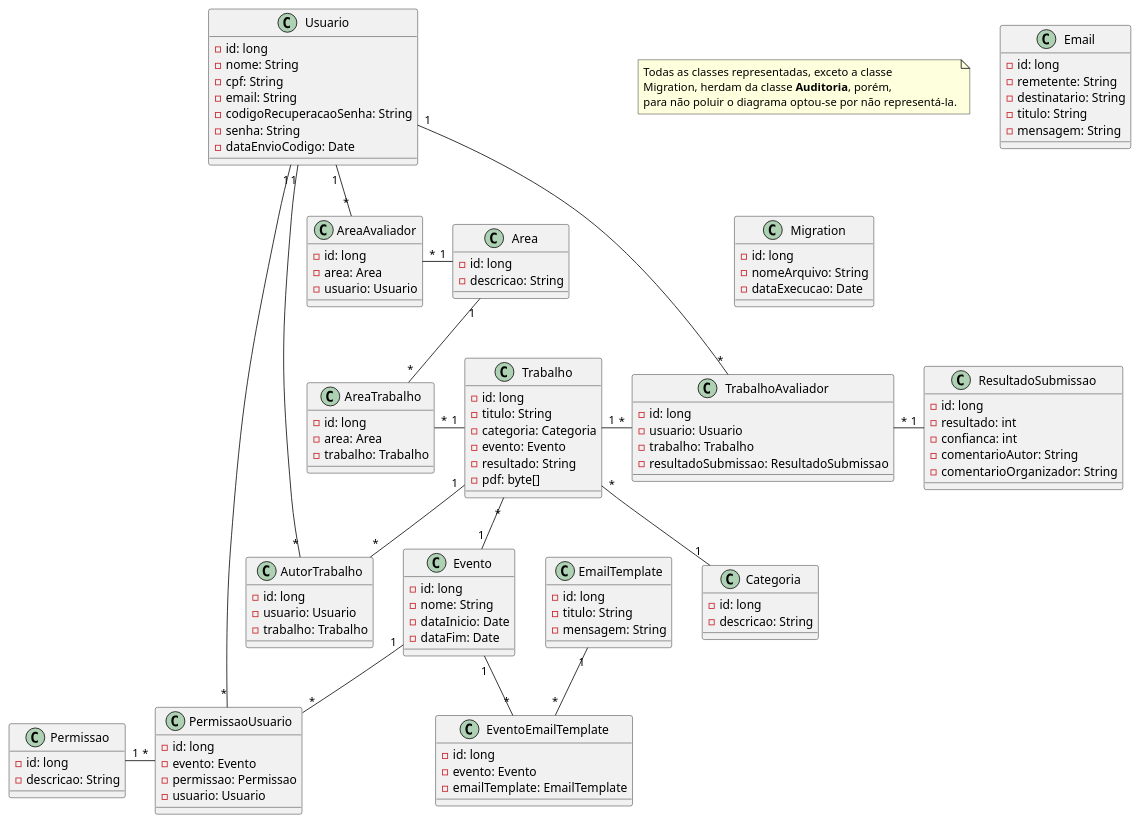
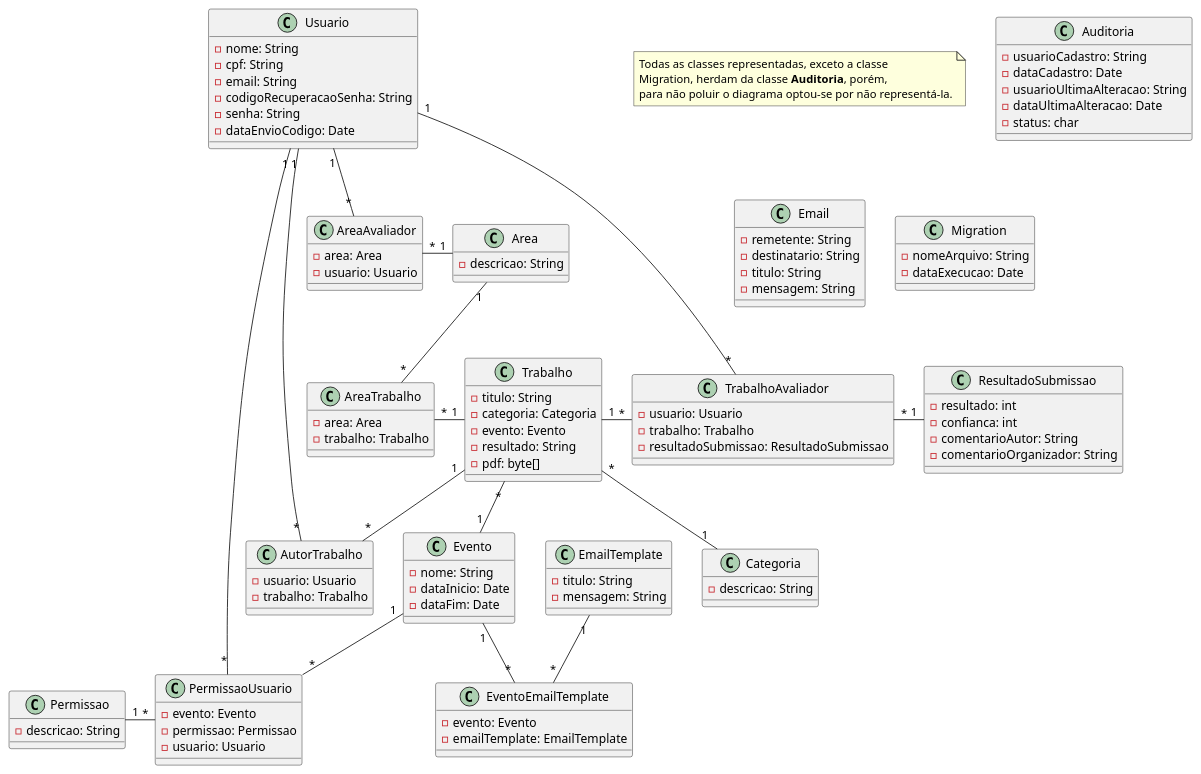
The diagram in back/src/main/resources/diagrams/classDiagram.puml (ifpr-paranavai/Trabif), drawn with PlantUML before and after one commit. The commit also changed 11 other files, not shown here.

Commit message:
Correções templa de e-mail, diagrama e envio de trabalho

```diff
--- a/back/src/main/resources/diagrams/classDiagram.puml
+++ b/back/src/main/resources/diagrams/classDiagram.puml
@@ -1,133 +1,125 @@
 @startuml
 
 note as N1
   Todas as classes representadas, exceto a classe
   Migration, herdam da classe <b>Auditoria</b>, porém,
   para não poluir o diagrama optou-se por não representá-la.
 end note
 
 class Area {
-- id: long
 - descricao: String
 }
 
 class AreaAvaliador {
-- id: long
 - area: Area
 - usuario: Usuario
 }
 
 class AreaTrabalho {
-- id: long
 - area: Area
 - trabalho: Trabalho
 }
 
 class AutorTrabalho {
-- id: long
 - usuario: Usuario
 - trabalho: Trabalho
 }
 
+class Auditoria {
+- usuarioCadastro: String
+- dataCadastro: Date
+- usuarioUltimaAlteracao: String
+- dataUltimaAlteracao: Date
+- status: char
+}
+
 class Categoria {
-- id: long
 - descricao: String
 }
 
 class Email {
-- id: long
 - remetente: String
 - destinatario: String
 - titulo: String
 - mensagem: String
 }
 
 class EmailTemplate {
-- id: long
 - titulo: String
 - mensagem: String
 }
 
 class Evento {
-- id: long
 - nome: String
 - dataInicio: Date
 - dataFim: Date
 }
 
 class EventoEmailTemplate {
-- id: long
 - evento: Evento
 - emailTemplate: EmailTemplate
 }
 
 class Migration {
-- id: long
 - nomeArquivo: String
 - dataExecucao: Date
 }
 
 class Permissao {
-- id: long
 - descricao: String
 }
 
 class PermissaoUsuario {
-- id: long
 - evento: Evento
 - permissao: Permissao
 - usuario: Usuario
 }
 
 class ResultadoSubmissao {
-- id: long
 - resultado: int
 - confianca: int
 - comentarioAutor: String
 - comentarioOrganizador: String
 }
 
 class Trabalho {
-- id: long
 - titulo: String
 - categoria: Categoria
 - evento: Evento
 - resultado: String
 - pdf: byte[]
 }
 
 class TrabalhoAvaliador {
-- id: long
 - usuario: Usuario
 - trabalho: Trabalho
 - resultadoSubmissao: ResultadoSubmissao
 }
 
 class Usuario {
-- id: long
 - nome: String
 - cpf: String
 - email: String
 - codigoRecuperacaoSenha: String
 - senha: String
 - dataEnvioCodigo: Date
 }
 
 Area "1" -left- "*" AreaAvaliador
 Area "1" -- "*" AreaTrabalho
 Usuario "1" -down- "*" AreaAvaliador
 Usuario "1" -left- "*" AutorTrabalho
 Usuario "1" -down- "*" TrabalhoAvaliador
 Usuario "1" -up- "*" PermissaoUsuario
 Trabalho "1" -down- "*" AutorTrabalho
 Trabalho "1" -left- "*" AreaTrabalho
 Trabalho "*" -- "1" Categoria
 Trabalho "*" -- "1" Evento
 Trabalho "1" -right- "*" TrabalhoAvaliador
 Permissao "1" -right- "*" PermissaoUsuario
 Evento "1" -- "*" PermissaoUsuario
 Evento "1" -- "*" EventoEmailTemplate
 EmailTemplate "1" -- "*" EventoEmailTemplate
 ResultadoSubmissao "1" -left- "*" TrabalhoAvaliador
 
 @enduml
```
